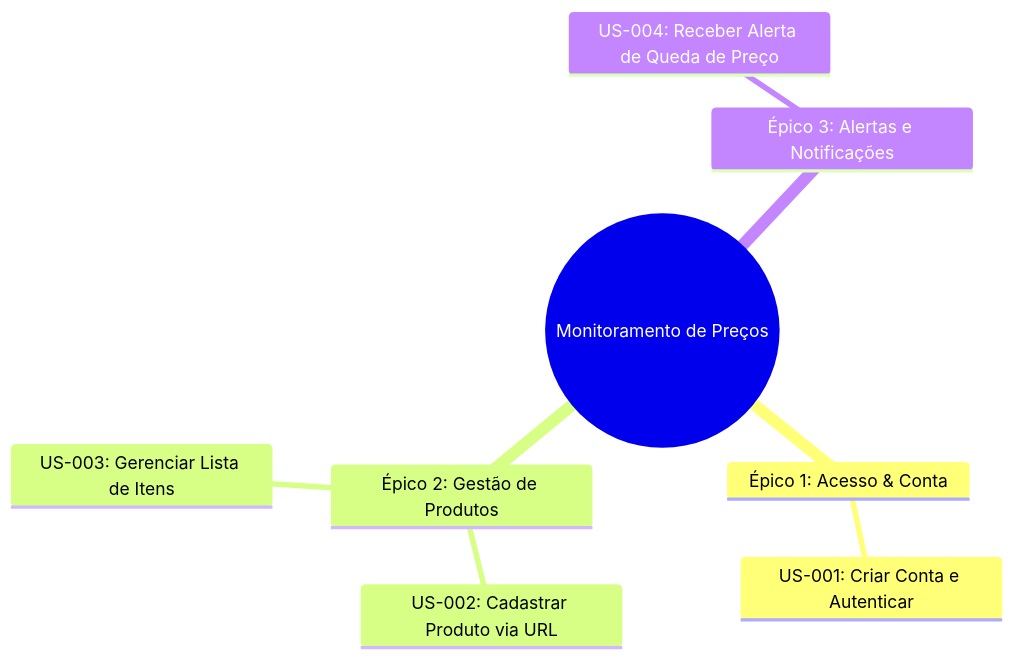
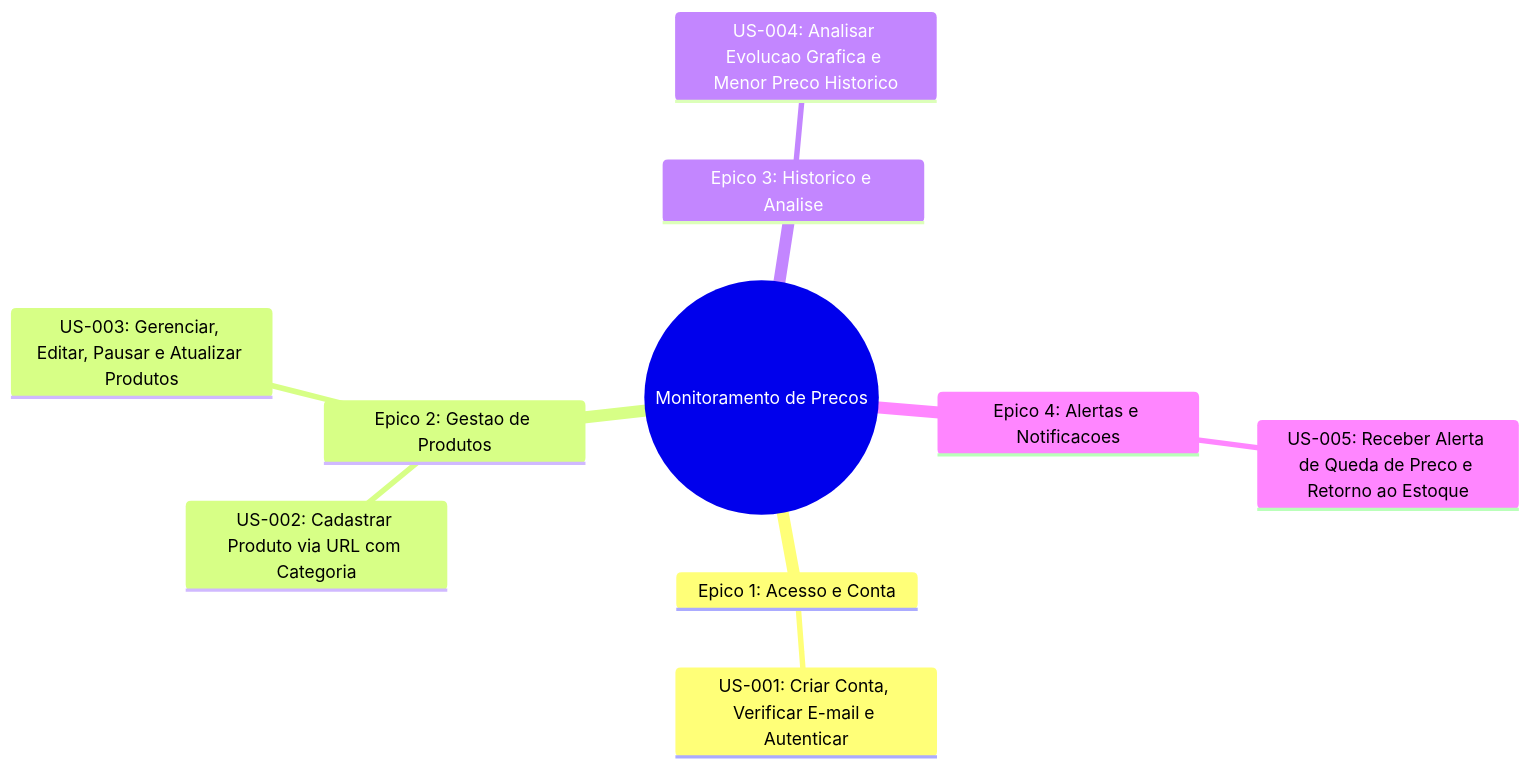
The diagram in docs/requisitos/historias-de-usuario.md (lucasssmira/monitoramento_precos), drawn with Mermaid before and after one commit. The commit also changed other lines of this file and 8 other files, not shown here.

````diff
--- a/docs/requisitos/historias-de-usuario.md
+++ b/docs/requisitos/historias-de-usuario.md
@@ -9,11 +9,13 @@
 ```mermaid
 mindmap
-  root((Monitoramento de Preços))
-    Épico 1: Acesso & Conta
-      US-001: Criar Conta e Autenticar
-    Épico 2: Gestão de Produtos
-      US-002: Cadastrar Produto via URL
-      US-003: Gerenciar Lista de Itens
-    Épico 3: Alertas e Notificações
-      US-004: Receber Alerta de Queda de Preço
+  root((Monitoramento de Precos))
+    Epico 1: Acesso e Conta
+      US-001: Criar Conta, Verificar E-mail e Autenticar
+    Epico 2: Gestao de Produtos
+      US-002: Cadastrar Produto via URL com Categoria
+      US-003: Gerenciar, Editar, Pausar e Atualizar Produtos
+    Epico 3: Historico e Analise
+      US-004: Analisar Evolucao Grafica e Menor Preco Historico
+    Epico 4: Alertas e Notificacoes
+      US-005: Receber Alerta de Queda de Preco e Retorno ao Estoque
 ```
````
